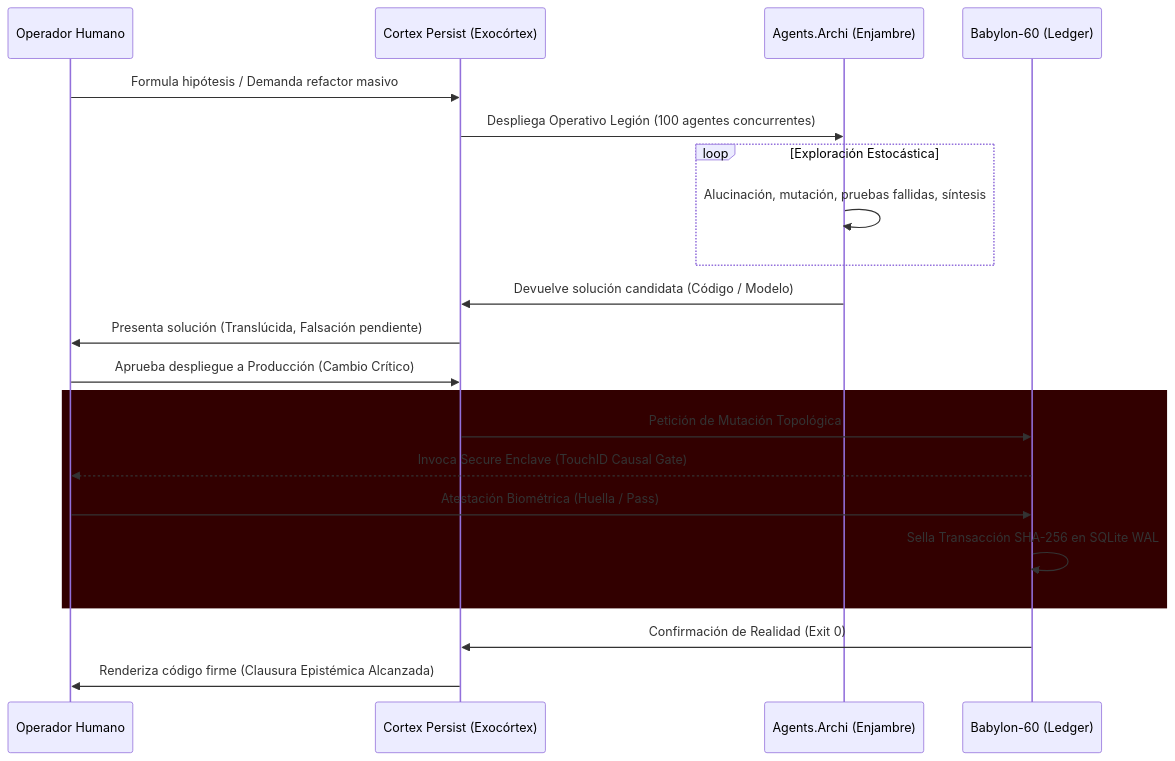
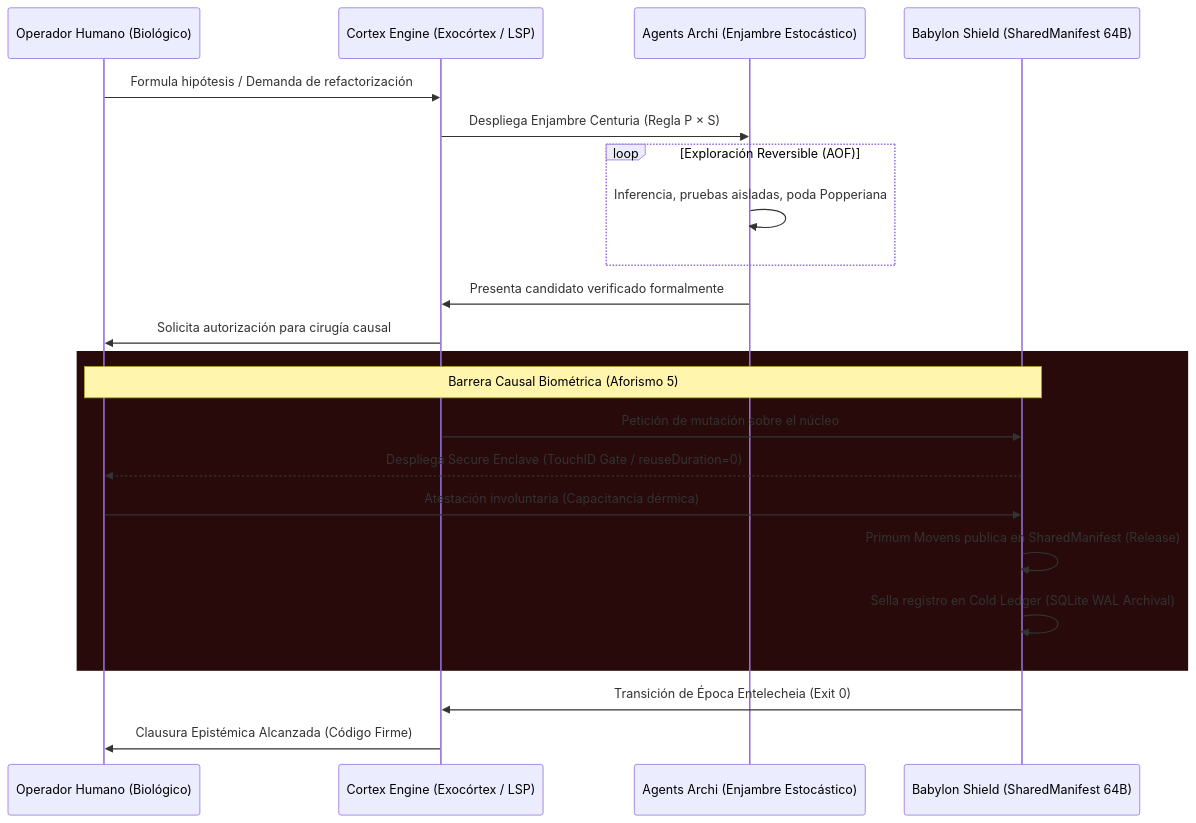
One commit to borjamoskv/BABYLON-60 changed the diagram in ARCHITECTURE_MANIFEST.md. Above: the diagram before and after it, drawn with Mermaid. The commit also changed other lines of this file and 9 other files, not shown here.

````diff
--- a/ARCHITECTURE_MANIFEST.md
+++ b/ARCHITECTURE_MANIFEST.md
@@ -49,26 +91,27 @@
 ```mermaid
 sequenceDiagram
-    participant H as Operador Humano
-    participant C as Cortex Persist (Exocórtex)
-    participant A as Agents.Archi (Enjambre)
-    participant B as Babylon-60 (Ledger)
+    participant H as Operador Humano (Biológico)
+    participant C as Cortex Engine (Exocórtex / LSP)
+    participant A as Agents Archi (Enjambre Estocástico)
+    participant B as Babylon Shield (SharedManifest 64B)
 
-    H->>C: Formula hipótesis / Demanda refactor masivo
-    C->>A: Despliega Operativo Legión (100 agentes concurrentes)
-    loop Exploración Estocástica
-        A->>A: Alucinación, mutación, pruebas fallidas, síntesis
+    H->>C: Formula hipótesis / Demanda de refactorización
+    C->>A: Despliega Enjambre Centuria (Regla P × S)
+    loop Exploración Reversible (AOF)
+        A->>A: Inferencia, pruebas aisladas, poda Popperiana
     end
-    A->>C: Devuelve solución candidata (Código / Modelo)
-    C->>H: Presenta solución (Translúcida, Falsación pendiente)
-    H->>C: Aprueba despliegue a Producción (Cambio Crítico)
+    A->>C: Presenta candidato verificado formalmente
+    C->>H: Solicita autorización para cirugía causal
     
-    rect rgb(50, 0, 0)
-        C->>B: Petición de Mutación Topológica
-        B-->>H: Invoca Secure Enclave (TouchID Causal Gate)
-        H->>B: Atestación Biométrica (Huella / Pass)
-        B->>B: Sella Transacción SHA-256 en SQLite WAL
+    rect rgb(40, 10, 10)
+        Note over H,B: Barrera Causal Biométrica (Aforismo 5)
+        C->>B: Petición de mutación sobre el núcleo
+        B-->>H: Despliega Secure Enclave (TouchID Gate / reuseDuration=0)
+        H->>B: Atestación involuntaria (Capacitancia dérmica)
+        B->>B: Primum Movens publica en SharedManifest (Release)
+        B->>B: Sella registro en Cold Ledger (SQLite WAL Archival)
     end
     
-    B->>C: Confirmación de Realidad (Exit 0)
-    C->>H: Renderiza código firme (Clausura Epistémica Alcanzada)
+    B->>C: Transición de Época Entelecheia (Exit 0)
+    C->>H: Clausura Epistémica Alcanzada (Código Firme)
 ```
````
